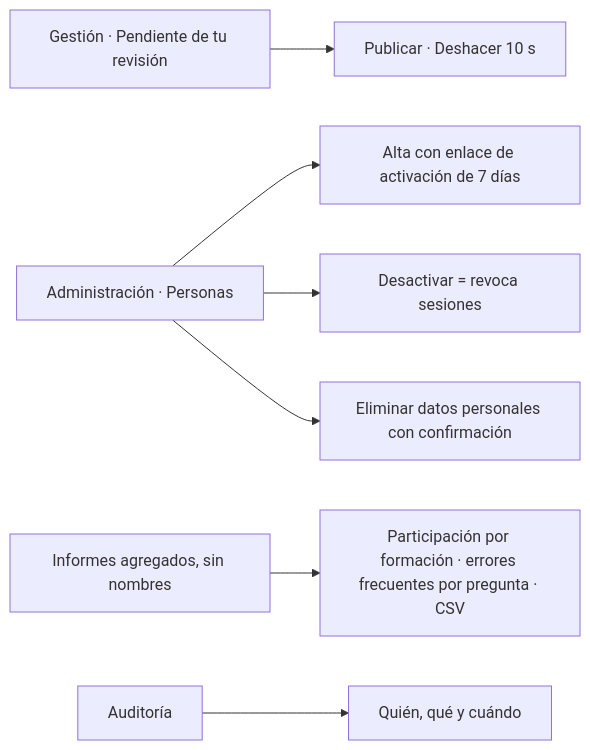
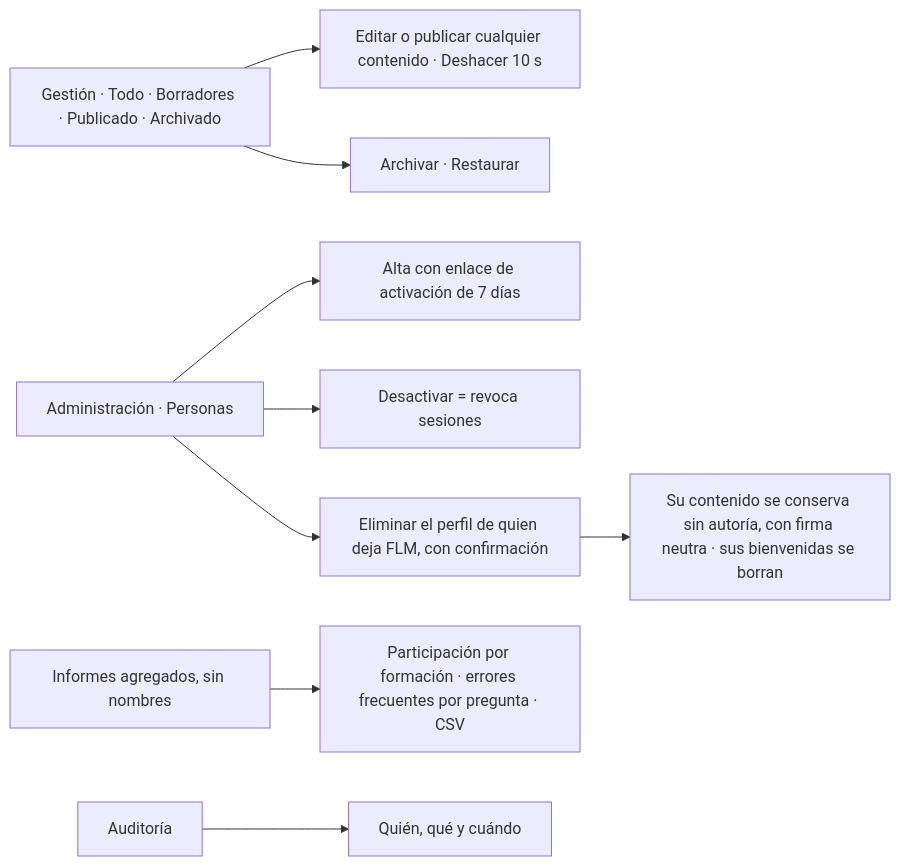
The sixth of 6 diagrams in docs/04-arquitectura-y-recorridos.md (megalovaniatic/flm-campus), drawn with Mermaid before and after one commit. The commit also changed other lines of this file and 211 other files, not shown here.

````diff
--- a/docs/04-arquitectura-y-recorridos.md
+++ b/docs/04-arquitectura-y-recorridos.md
@@ -101,9 +126,11 @@
 ```mermaid
 flowchart LR
-  A[Gestión · Pendiente de tu revisión] --> B[Publicar · Deshacer 10 s]
+  A[Gestión · Todo · Borradores · Publicado · Archivado] --> B[Editar o publicar cualquier contenido · Deshacer 10 s]
+  A --> K[Archivar · Restaurar]
   C[Administración · Personas] --> D[Alta con enlace de activación de 7 días]
   C --> E[Desactivar = revoca sesiones]
-  C --> F[Eliminar datos personales con confirmación]
+  C --> F[Eliminar el perfil de quien deja FLM, con confirmación]
+  F --> L[Su contenido se conserva sin autoría, con firma neutra · sus bienvenidas se borran]
   G[Informes agregados, sin nombres] --> H[Participación por formación · errores frecuentes por pregunta · CSV]
   I[Auditoría] --> J[Quién, qué y cuándo]
 ```
````
